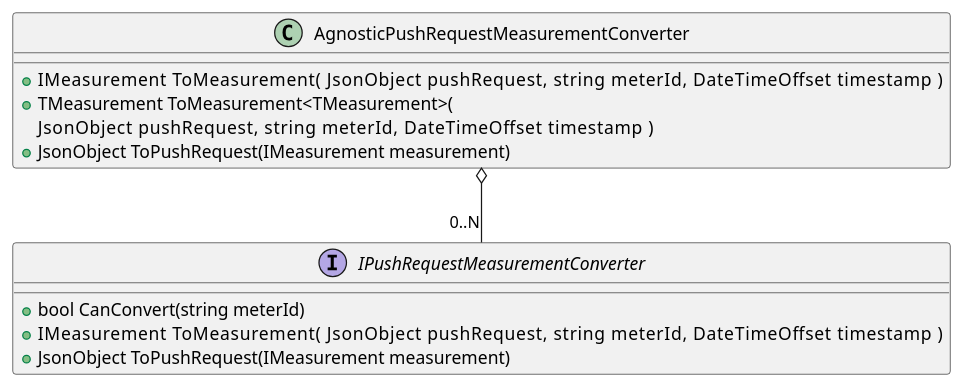
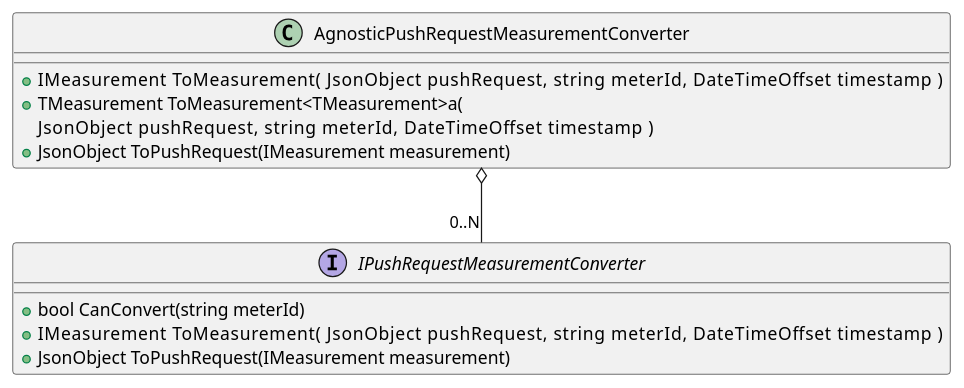
Before and after one commit to altibiz/ozds: the third of 15 diagrams in docs/structure/business/index.md, drawn with PlantUML. The commit also changed other lines of this file, not shown here.

````diff
--- a/docs/structure/business/index.md
+++ b/docs/structure/business/index.md
@@ -82,30 +82,30 @@
 ```plantuml
 class AgnosticPushRequestMeasurementConverter
 {
   + IMeasurement ToMeasurement( \
     JsonObject pushRequest, \
     string meterId, \
     DateTimeOffset timestamp \
   )
-  + TMeasurement ToMeasurement<TMeasurement>(
+  + TMeasurement ToMeasurement<TMeasurement>a(
     JsonObject pushRequest, \
     string meterId, \
     DateTimeOffset timestamp \
   )
   + JsonObject ToPushRequest(IMeasurement measurement)
 }
 
 interface IPushRequestMeasurementConverter
 {
   + bool CanConvert(string meterId)
   + IMeasurement ToMeasurement( \
     JsonObject pushRequest, \
     string meterId, \
     DateTimeOffset timestamp \
   )
   + JsonObject ToPushRequest(IMeasurement measurement)
 }
 
 AgnosticPushRequestMeasurementConverter o-- "0..N" \
   IPushRequestMeasurementConverter
 ```
````
